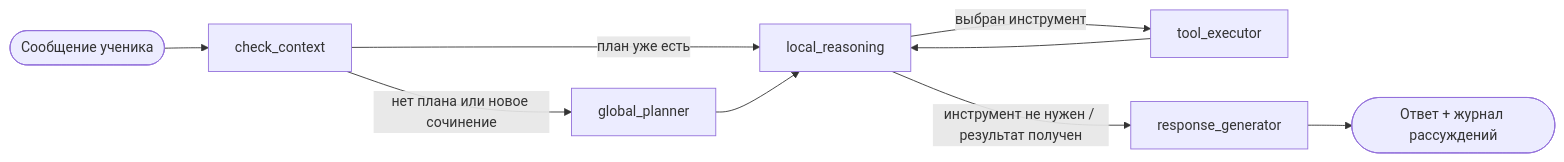
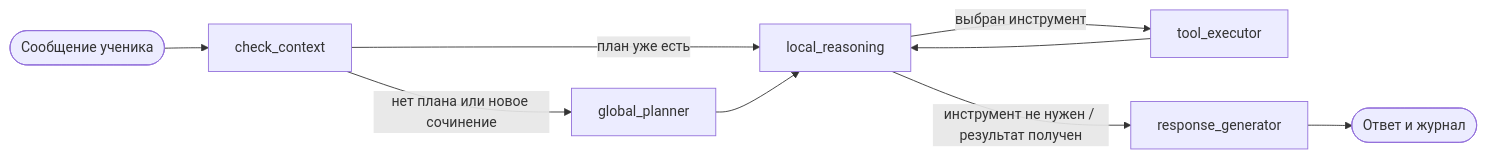
Before and after one commit to snthnk/ScrAIbe: the diagram in README.md, drawn with Mermaid. The commit also changed other lines of this file and 25 other files, not shown here.

````diff
--- a/README.md
+++ b/README.md
@@ -12,11 +12,11 @@
 ```mermaid
 flowchart LR
     U([Сообщение ученика]) --> CC[check_context]
     CC -- нет плана или новое сочинение --> GP[global_planner]
     CC -- план уже есть --> LR
     GP --> LR[local_reasoning]
     LR -- выбран инструмент --> TE[tool_executor]
     TE --> LR
     LR -- инструмент не нужен / результат получен --> RG[response_generator]
-    RG --> A([Ответ + журнал рассуждений])
+    RG --> A([Ответ и журнал])
 ```
````
